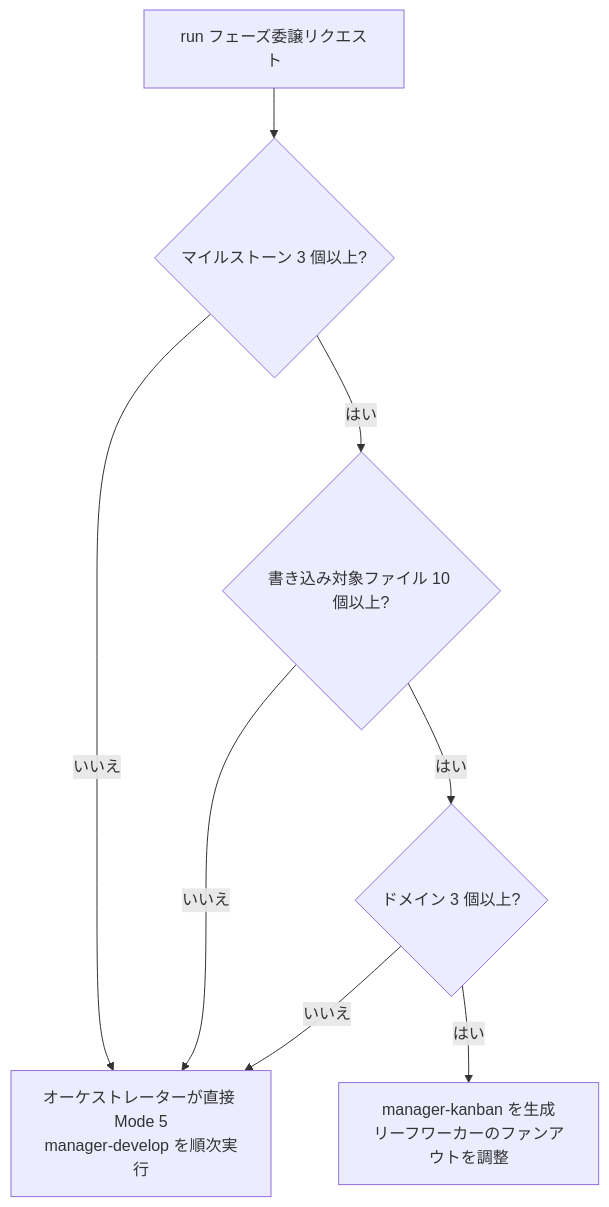
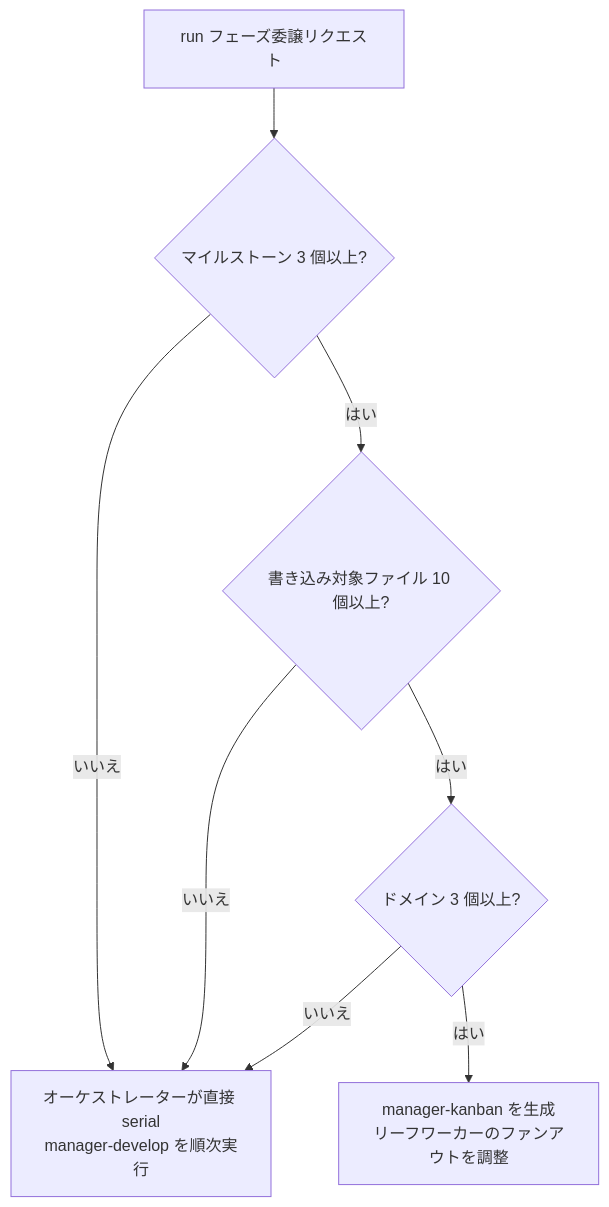
One commit to modu-ai/moai-adk changed the second of 5 diagrams in docs-site/content/ja/advanced/agent-guide.md. Above: the diagram before and after it, drawn with Mermaid. The commit also changed other lines of this file and 80 other files, not shown here.

````diff
--- a/docs-site/content/ja/advanced/agent-guide.md
+++ b/docs-site/content/ja/advanced/agent-guide.md
@@ -145,10 +145,10 @@
 ```mermaid
 flowchart TD
     START["run フェーズ委譲リクエスト"] --> Q1{"マイルストーン 3 個以上?"}
-    Q1 -->|"いいえ"| MODE5["オーケストレーターが直接 Mode 5<br>manager-develop を順次実行"]
+    Q1 -->|"いいえ"| MODE5["オーケストレーターが直接 serial<br>manager-develop を順次実行"]
     Q1 -->|"はい"| Q2{"書き込み対象ファイル 10 個以上?"}
     Q2 -->|"いいえ"| MODE5
     Q2 -->|"はい"| Q3{"ドメイン 3 個以上?"}
     Q3 -->|"いいえ"| MODE5
     Q3 -->|"はい"| LEAD["manager-kanban を生成<br>リーフワーカーのファンアウトを調整"]
 ```
````
